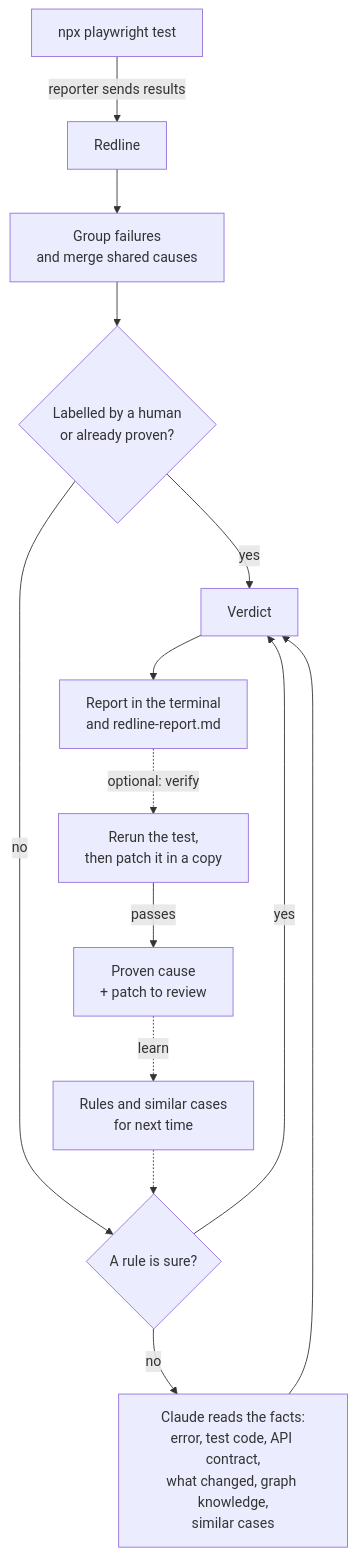
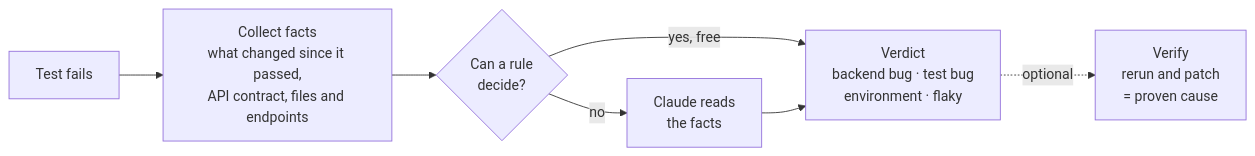
Before and after one commit to ega-septian/redline: the diagram in README.md, drawn with Mermaid. The commit also changed other lines of this file, not shown here.

````diff
--- a/README.md
+++ b/README.md
@@ -22,16 +27,8 @@
 ```mermaid
-flowchart TD
-    A[npx playwright test] -->|reporter sends results| B[Redline]
-    B --> C[Group failures<br/>and merge shared causes]
-    C --> D{Labelled by a human<br/>or already proven?}
-    D -->|yes| R[Verdict]
-    D -->|no| E{A rule is sure?}
-    E -->|yes| R
-    E -->|no| F[Claude reads the facts:<br/>error, test code, API contract,<br/>what changed, graph knowledge,<br/>similar cases]
-    F --> R
-    R --> G[Report in the terminal<br/>and redline-report.md]
-    G -.->|optional: verify| H[Rerun the test,<br/>then patch it in a copy]
-    H -->|passes| I[Proven cause<br/>+ patch to review]
-    I -.->|learn| J[Rules and similar cases<br/>for next time]
-    J -.-> E
+flowchart LR
+    A[Test fails] --> B[Collect facts<br/>what changed since it passed,<br/>API contract, files and endpoints]
+    B --> C{Can a rule<br/>decide?}
+    C -->|yes, free| D[Verdict<br/>backend bug · test bug<br/>environment · flaky]
+    C -->|no| E[Claude reads<br/>the facts] --> D
+    D -.->|optional| F[Verify<br/>rerun and patch<br/>= proven cause]
 ```
````
